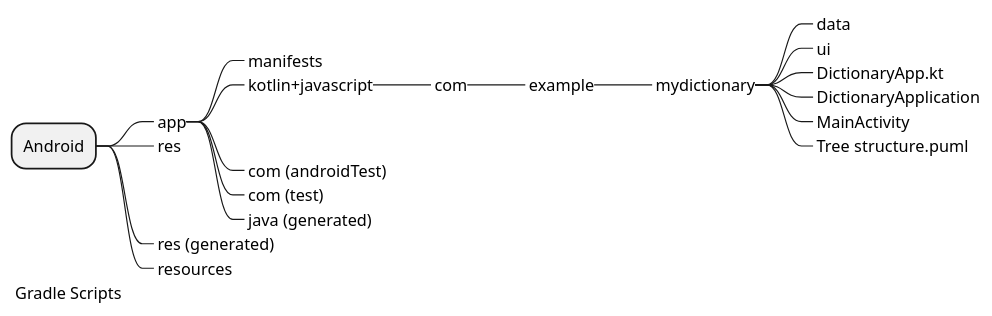
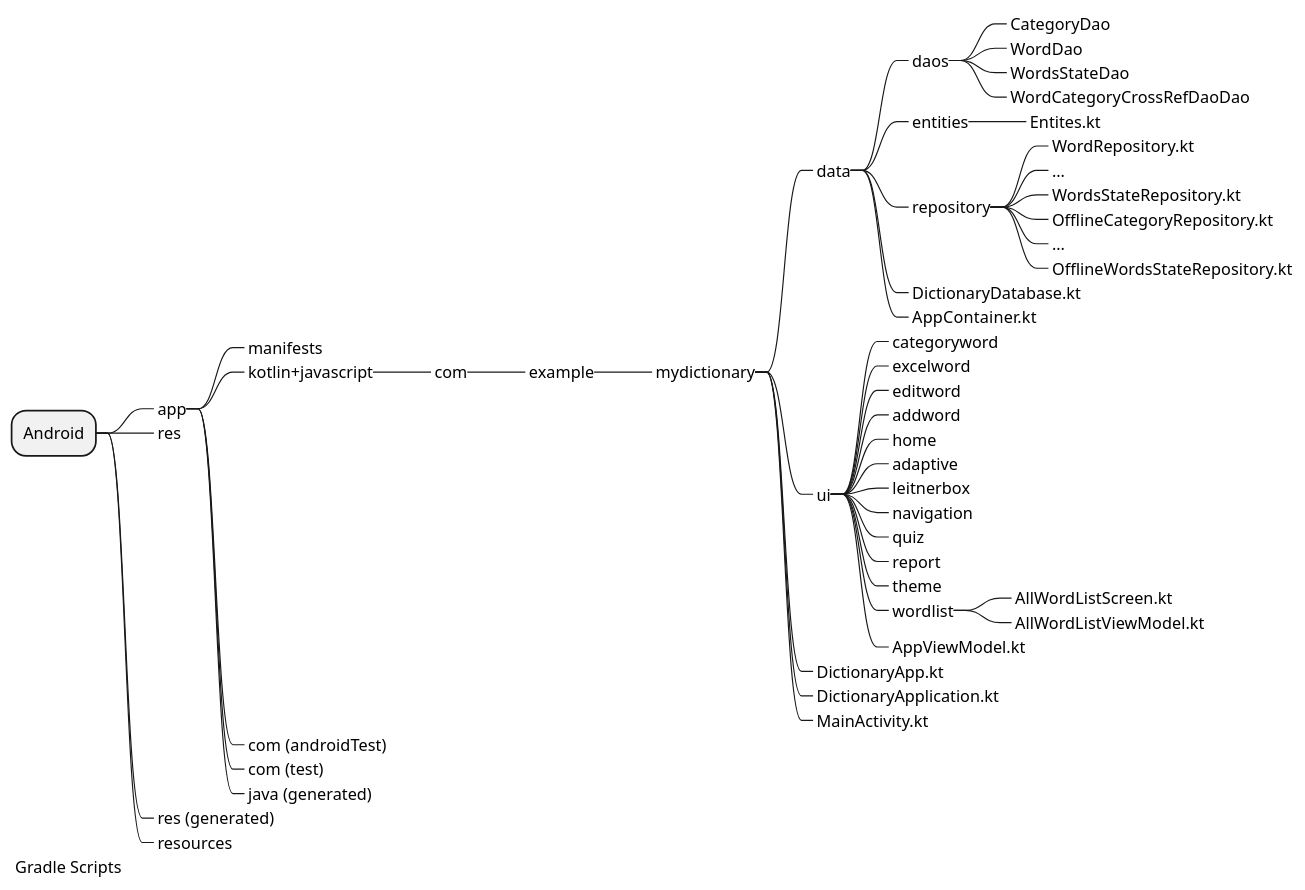
One commit to sarsarfi/MyAndroidProject changed the diagram in app/src/main/java/com/Tree structure.puml. Above: the diagram before and after it, drawn with PlantUML. The commit also changed 54 other files, not shown here.

```diff
--- a/app/src/main/java/com/Tree structure.puml
+++ b/app/src/main/java/com/Tree structure.puml
@@ -1,22 +1,52 @@
 @startmindmap
 * Android
 **_ app
 ***_ manifests
 ***_ kotlin+javascript
 ****_ com
 *****_ example
 ******_ mydictionary
 *******_ data
+********_ daos
+*********_ CategoryDao
+*********_ WordDao
+*********_ WordsStateDao
+*********_ WordCategoryCrossRefDaoDao
+********_ entities
+*********_ Entites.kt
+********_ repository
+*********_ WordRepository.kt
+*********_ ...
+*********_ WordsStateRepository.kt
+*********_ OfflineCategoryRepository.kt
+*********_ ...
+*********_ OfflineWordsStateRepository.kt
+********_ DictionaryDatabase.kt
+********_ AppContainer.kt
 *******_ ui
+********_ categoryword
+********_ excelword
+********_ editword
+********_ addword
+********_ home
+********_ adaptive
+********_ leitnerbox
+********_ navigation
+********_ quiz
+********_ report
+********_ theme
+********_ wordlist
+*********_ AllWordListScreen.kt
+*********_ AllWordListViewModel.kt
+********_ AppViewModel.kt
 *******_ DictionaryApp.kt
-*******_ DictionaryApplication
-*******_ MainActivity
-*******_ Tree structure.puml
+*******_ DictionaryApplication.kt
+*******_ MainActivity.kt
 ***_ com (androidTest)
 ***_ com (test)
 ***_ java (generated)
 **_ res
 **_ res (generated)
 **_ resources
 *_ Gradle Scripts
 @endmindmap
```
